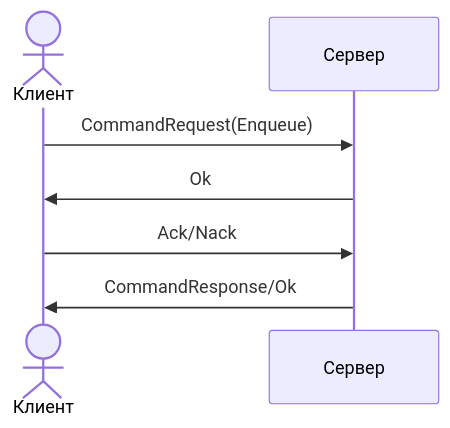
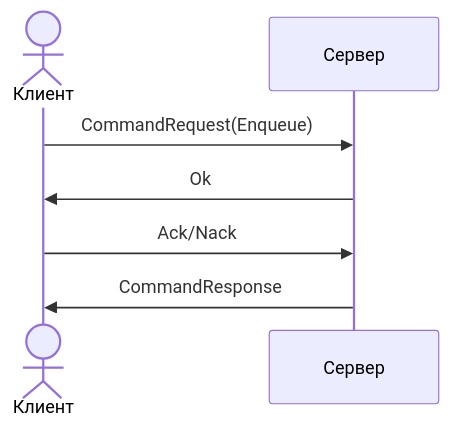
The third of 4 diagrams in docs/developer/client-network-protocol.md (ashenBlade/TaskFlux), drawn with Mermaid before and after one commit. The commit also changed other lines of this file and 29 other files, not shown here.

````diff
--- a/docs/developer/client-network-protocol.md
+++ b/docs/developer/client-network-protocol.md
@@ -108,9 +108,9 @@
 ```mermaid
 sequenceDiagram
-    actor Клиент
-    participant Сервер
-    Клиент->>Сервер: CommandRequest(Enqueue)
-    Сервер->>Клиент: Ok
+   actor Клиент
+   participant Сервер
+   Клиент->>Сервер: CommandRequest(Enqueue)
+   Сервер->>Клиент: Ok
    Клиент ->> Сервер: Ack/Nack
-   Сервер ->> Клиент: CommandResponse/Ok
+   Сервер ->> Клиент: CommandResponse
 ```
````
